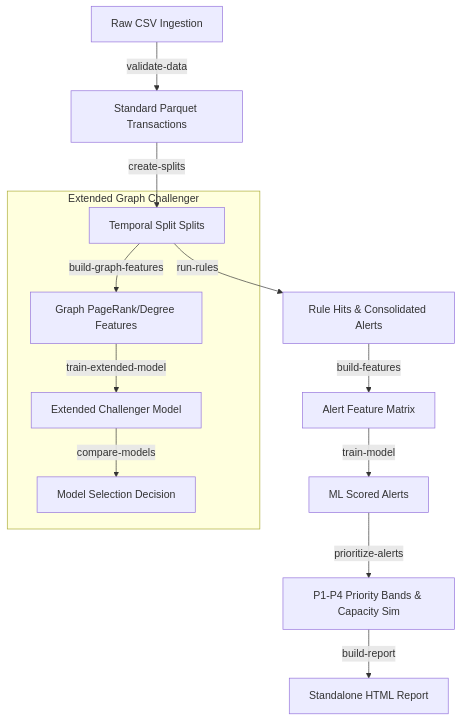
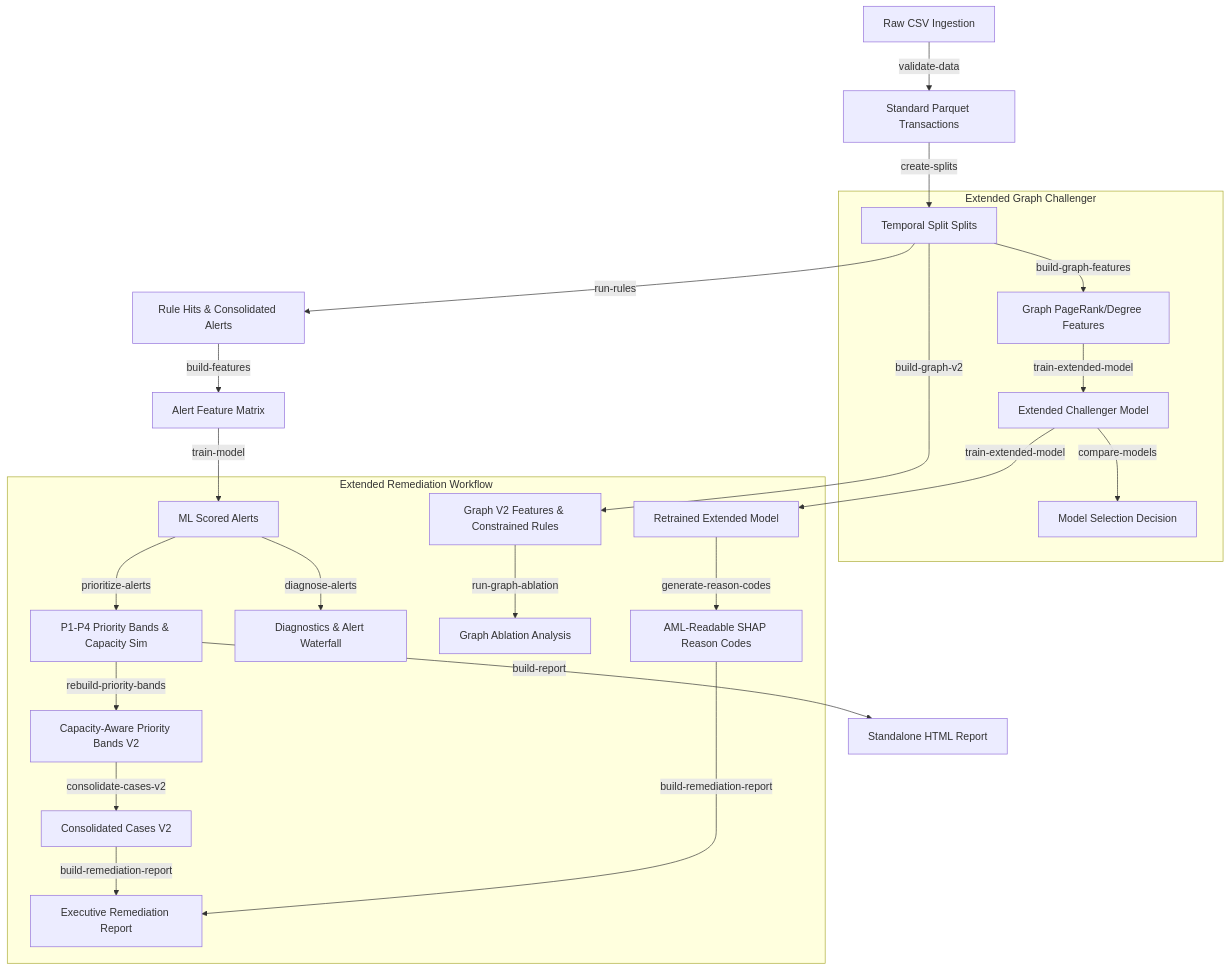
Before and after one commit to vothaiduong14/aml_tuning_lite: the diagram in README.md, drawn with Mermaid. The commit also changed other lines of this file and 54 other files, not shown here.

Commit message:
feat: implement capacity simulation, rule contribution, traffic lights, case consolidation v2, and remediation reporting

````diff
--- a/README.md
+++ b/README.md
@@ -13,16 +13,27 @@
 ```mermaid
 flowchart TD
     Raw[Raw CSV Ingestion] -->|validate-data| Standard[Standard Parquet Transactions]
     Standard -->|create-splits| Splits[Temporal Split Splits]
     Splits -->|run-rules| Hits[Rule Hits & Consolidated Alerts]
     Hits -->|build-features| Matrix[Alert Feature Matrix]
     Matrix -->|train-model| Model[ML Scored Alerts]
     Model -->|prioritize-alerts| Bands[P1-P4 Priority Bands & Capacity Sim]
     Bands -->|build-report| HTML[Standalone HTML Report]
     
     subgraph Extended Graph Challenger
         Splits -->|build-graph-features| GraphFeat[Graph PageRank/Degree Features]
         GraphFeat -->|train-extended-model| ExtModel[Extended Challenger Model]
         ExtModel -->|compare-models| Comparison[Model Selection Decision]
     end
+
+    subgraph Extended Remediation Workflow
+        Model -->|diagnose-alerts| Diagnostics[Diagnostics & Alert Waterfall]
+        Bands -->|rebuild-priority-bands| BandsV2[Capacity-Aware Priority Bands V2]
+        Splits -->|build-graph-v2| GraphV2[Graph V2 Features & Constrained Rules]
+        GraphV2 -->|run-graph-ablation| Ablation[Graph Ablation Analysis]
+        ExtModel -->|train-extended-model| ExtModelV2[Retrained Extended Model]
+        BandsV2 -->|consolidate-cases-v2| CasesV2[Consolidated Cases V2]
+        ExtModelV2 -->|generate-reason-codes| SHAPMapper[AML-Readable SHAP Reason Codes]
+        CasesV2 & SHAPMapper -->|build-remediation-report| RemReport[Executive Remediation Report]
+    end
 ```
````
